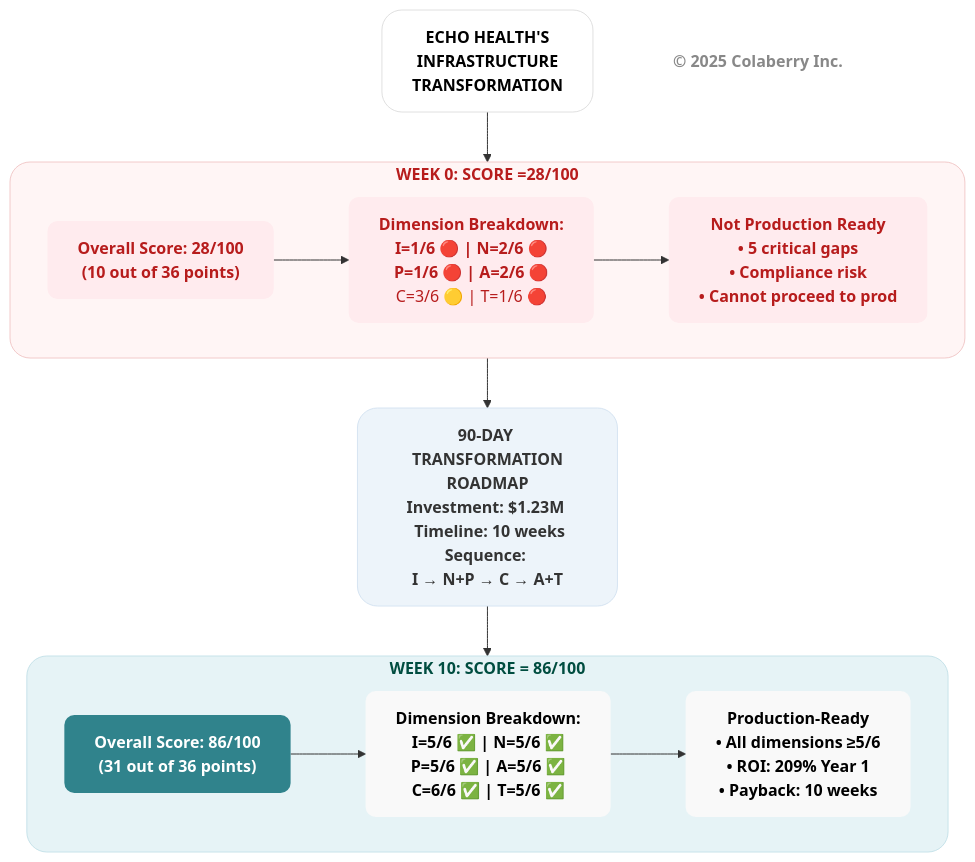
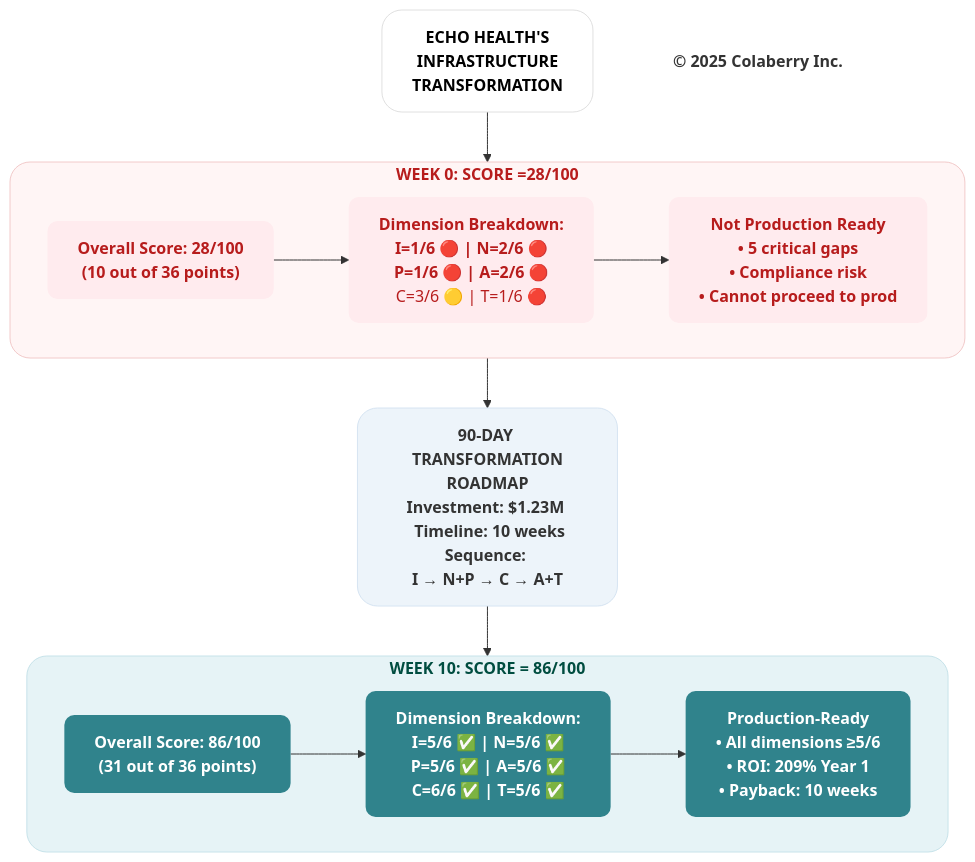
Before and after one commit to saitejesh-cyber/trust-before-intelligence-book: the sixth of 12 diagrams in manuscript/03_chapter_2_inpact_framework.md, drawn with Mermaid. The commit also changed other lines of this file and 4 other files, not shown here.

````diff
--- a/manuscript/03_chapter_2_inpact_framework.md
+++ b/manuscript/03_chapter_2_inpact_framework.md
@@ -370,55 +370,55 @@
 ```mermaid
 graph TB
     TITLE["<b>ECHO HEALTH'S<br/>INFRASTRUCTURE<br/>TRANSFORMATION</b>"]
     
     TITLE --> BEFORE
     
     subgraph BEFORE["<b>WEEK 0: SCORE =28/100</b>"]
         B_SCORE["<b>Overall Score: 28/100</b><br/><b>(10 out of 36 points)</b>"]
         
         B_DIMS["<b>Dimension Breakdown:</b><br/><b>I=1/6 🔴 | N=2/6 🔴 </b><br/><b>P=1/6 🔴 | A=2/6 🔴</b><br/> C=3/6 🟡 | T=1/6 🔴</b>"]
         
         B_STATUS["<b>Not Production Ready</b><br/><b>• 5 critical gaps </b><br/><b>• Compliance risk</b><br/><b>• Cannot proceed to prod</b>"]
         
         B_SCORE --> B_DIMS
         B_DIMS --> B_STATUS
     end
     
     BEFORE --> TRANSFORM["<b>90-DAY TRANSFORMATION<br/>ROADMAP</b><br/><b>Investment: $1.23M </b><br/><b> Timeline: 10 weeks</b><br/><b>Sequence: </b><br/><b>I → N+P → C → A+T</b>"]
     
     TRANSFORM --> AFTER
     
     subgraph AFTER["<b>WEEK 10: SCORE = 86/100</b>"]
         A_SCORE["<b>Overall Score: 86/100</b><br/><b>(31 out of 36 points)</b>"]
         
         A_DIMS["<b>Dimension Breakdown:</b><br/><b>I=5/6 ✅ | N=5/6 ✅ </b><br/><b> P=5/6 ✅ | A=5/6 ✅</b><br/><b>C=6/6 ✅ | T=5/6 ✅</b>"]
         
 A_STATUS["<b>Production-Ready</b><br/><b>• All dimensions ≥5/6 </b><br/><b>• ROI: 209% Year 1 </b><br/><b>• Payback: 10 weeks</b>"]
         
         A_SCORE --> A_DIMS
         A_DIMS --> A_STATUS
     end
     
     COPYRIGHT["<b>© 2025 Colaberry Inc.</b>"]
 
     %% ⚪ CONTEXT / FRAMING
     style TITLE fill:#ffffff,stroke:#e0e0e0,stroke-width:1px,color:#000000,rx:20,ry:20
 
     %% 🔴 BEFORE — FAILURE / BI-ERA
     style BEFORE fill:#fff5f5,stroke:#f2caca,stroke-width:1px,color:#b71c1c,rx:20,ry:20
     style B_SCORE fill:#ffebee,stroke:none,color:#b71c1c,rx:10,ry:10
     style B_DIMS fill:#ffebee,stroke:none,color:#b71c1c,rx:10,ry:10
     style B_STATUS fill:#ffebee,stroke:none,color:#b71c1c,rx:10,ry:10
 
     %% 🔵 TRANSFORMATION / CHANGE
     style TRANSFORM fill:#edf4fa,stroke:#d6e4f2,stroke-width:1px,color:#333333,rx:20,ry:20
 
     %% 🟢 AFTER — TRUSTED / INPACT™-FULFILLED
     style AFTER fill:#e6f3f6,stroke:#c7e3ea,stroke-width:1px,color:#004d40,rx:20,ry:20
     style A_SCORE fill:#30838C,stroke:none,color:#ffffff,rx:10,ry:10
-    style A_DIMS fill:#f9f9f9,stroke:none,color:#000000,rx:10,ry:10
-    style A_STATUS fill:#f9f9f9,stroke:none,color:#000000,rx:10,ry:10
+    style A_DIMS fill:#30838C,stroke:none,color:#ffffff,rx:10,ry:10
+    style A_STATUS fill:#30838C,stroke:none,color:#ffffff,rx:10,ry:10
 
     %% FOOTER
-    style COPYRIGHT fill:none,stroke:none,color:#888888
+    style COPYRIGHT fill:none,stroke:none,color:#333333
 ```
````
